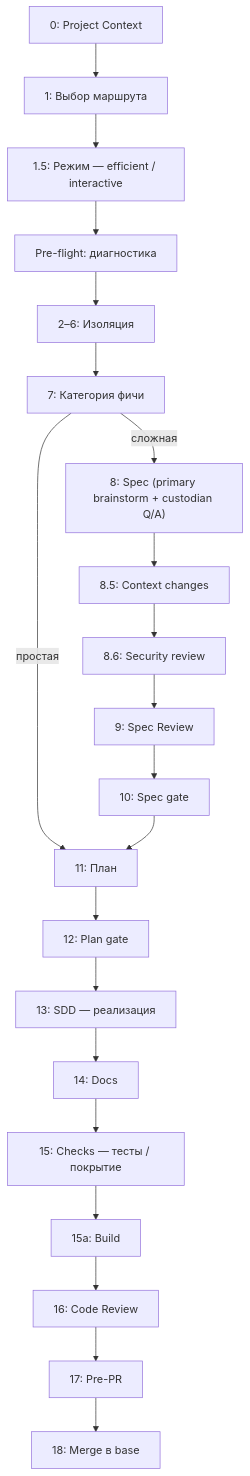
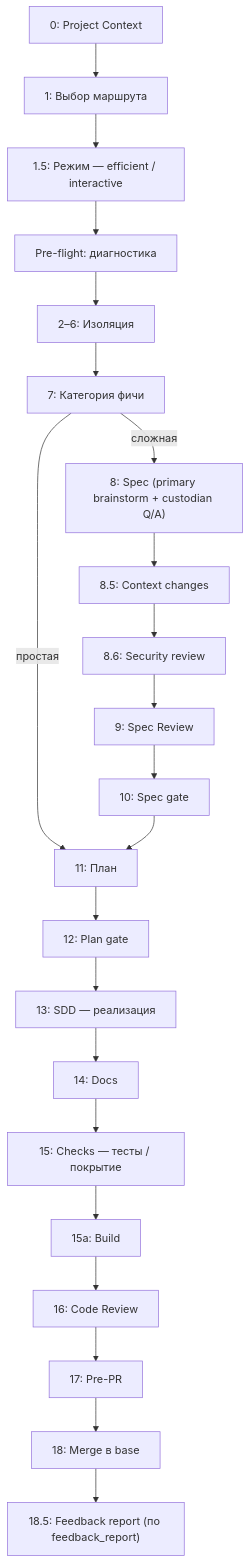
One commit to wad-jet/maestro changed the first of 2 diagrams in manual_docs/explanation/pipeline-overview.md. Above: the diagram before and after it, drawn with Mermaid. The commit also changed other lines of this file and 10 other files, not shown here.

Commit message:
docs(manual_docs): sync feedback_report modes — config/commands/pipeline/10 pages + changelog (#113)

````diff
--- a/manual_docs/explanation/pipeline-overview.md
+++ b/manual_docs/explanation/pipeline-overview.md
@@ -61,26 +62,27 @@
 ```mermaid
 flowchart TB
   Step0["0: Project Context"] --> Step1["1: Выбор маршрута"]
   Step1 --> Step15["1.5: Режим — efficient / interactive"]
   Step15 --> Step2["Pre-flight: диагностика"]
   Step2 --> Step3_6["2–6: Изоляция"]
   Step3_6 --> Step7["7: Категория фичи"]
 
   Step7 -- сложная --> Step8["8: Spec (primary brainstorm + custodian Q/A)"]
   Step7 -- простая --> Step11["11: План"]
 
   Step8 --> Step85["8.5: Context changes"]
   Step85 --> Step86["8.6: Security review"]
   Step86 --> Step9["9: Spec Review"]
   Step9 --> Step10["10: Spec gate"]
   Step10 --> Step11
 
   Step11 --> Step12["12: Plan gate"]
   Step12 --> Step13["13: SDD — реализация"]
   Step13 --> Step14["14: Docs"]
   Step14 --> Step15a["15: Checks — тесты / покрытие"]
   Step15a --> Step15b["15a: Build"]
   Step15b --> Step16["16: Code Review"]
   Step16 --> Step17["17: Pre-PR"]
   Step17 --> Step18["18: Merge в base"]
+  Step18 --> Step185["18.5: Feedback report (по feedback_report)"]
 ```
````
